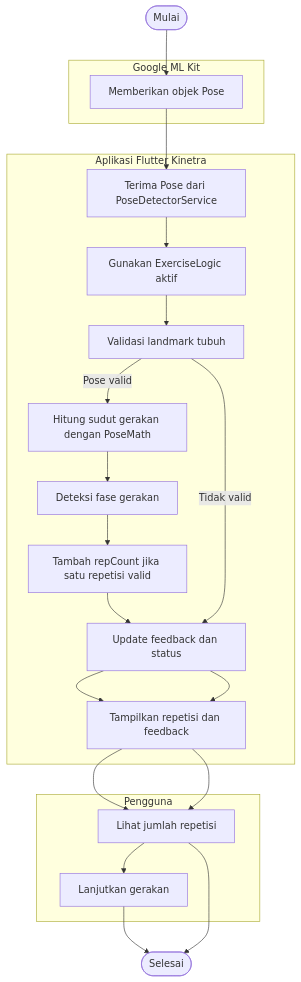
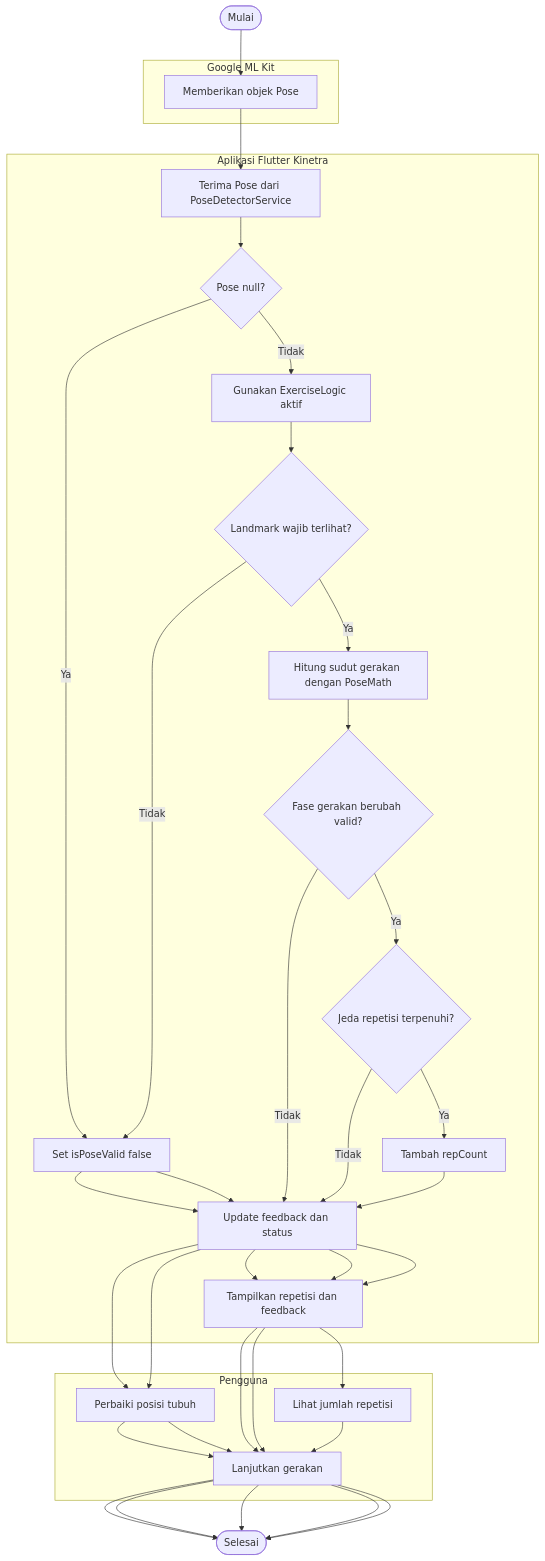
The tenth of 26 diagrams in docs/uml.md (arifrachmatdx/Kinetra), drawn with Mermaid before and after one commit. The commit also changed other lines of this file and 1 other file, not shown here.

Commit message:
docs: add detailed UML decisions and alternatives

````diff
--- a/docs/uml.md
+++ b/docs/uml.md
@@ -298,25 +398,35 @@
 ```mermaid
 flowchart TD
     Start([Mulai])
     subgraph MLKit["Google ML Kit"]
         ProvidePose[Memberikan objek Pose]
     end
     subgraph App["Aplikasi Flutter Kinetra"]
         ReceivePose[Terima Pose dari PoseDetectorService]
+        PoseNull{Pose null?}
         ChooseLogic[Gunakan ExerciseLogic aktif]
-        ValidateLandmark[Validasi landmark tubuh]
+        ValidateLandmark{Landmark wajib terlihat?}
         CalculateAngle[Hitung sudut gerakan dengan PoseMath]
-        DetectPhase[Deteksi fase gerakan]
-        IncrementRep[Tambah repCount jika satu repetisi valid]
+        PhaseChanged{Fase gerakan berubah valid?}
+        CooldownPassed{Jeda repetisi terpenuhi?}
+        IncrementRep[Tambah repCount]
         UpdateFeedback[Update feedback dan status]
+        MarkInvalid[Set isPoseValid false]
         ShowStats[Tampilkan repetisi dan feedback]
     end
     subgraph User["Pengguna"]
         ContinueMovement[Lanjutkan gerakan]
+        CorrectPose[Perbaiki posisi tubuh]
         SeeStats[Lihat jumlah repetisi]
     end
 
-    Start --> ProvidePose --> ReceivePose --> ChooseLogic --> ValidateLandmark
-    ValidateLandmark -->|Pose valid| CalculateAngle --> DetectPhase --> IncrementRep --> UpdateFeedback --> ShowStats --> SeeStats --> ContinueMovement --> End([Selesai])
-    ValidateLandmark -->|Tidak valid| UpdateFeedback --> ShowStats --> SeeStats --> End
+    Start --> ProvidePose --> ReceivePose --> PoseNull
+    PoseNull -->|Ya| MarkInvalid --> UpdateFeedback --> CorrectPose --> ContinueMovement --> End([Selesai])
+    PoseNull -->|Tidak| ChooseLogic --> ValidateLandmark
+    ValidateLandmark -->|Tidak| MarkInvalid --> UpdateFeedback --> CorrectPose --> ContinueMovement --> End
+    ValidateLandmark -->|Ya| CalculateAngle --> PhaseChanged
+    PhaseChanged -->|Tidak| UpdateFeedback --> ShowStats --> ContinueMovement --> End
+    PhaseChanged -->|Ya| CooldownPassed
+    CooldownPassed -->|Tidak| UpdateFeedback --> ShowStats --> ContinueMovement --> End
+    CooldownPassed -->|Ya| IncrementRep --> UpdateFeedback --> ShowStats --> SeeStats --> ContinueMovement --> End
 ```
````
